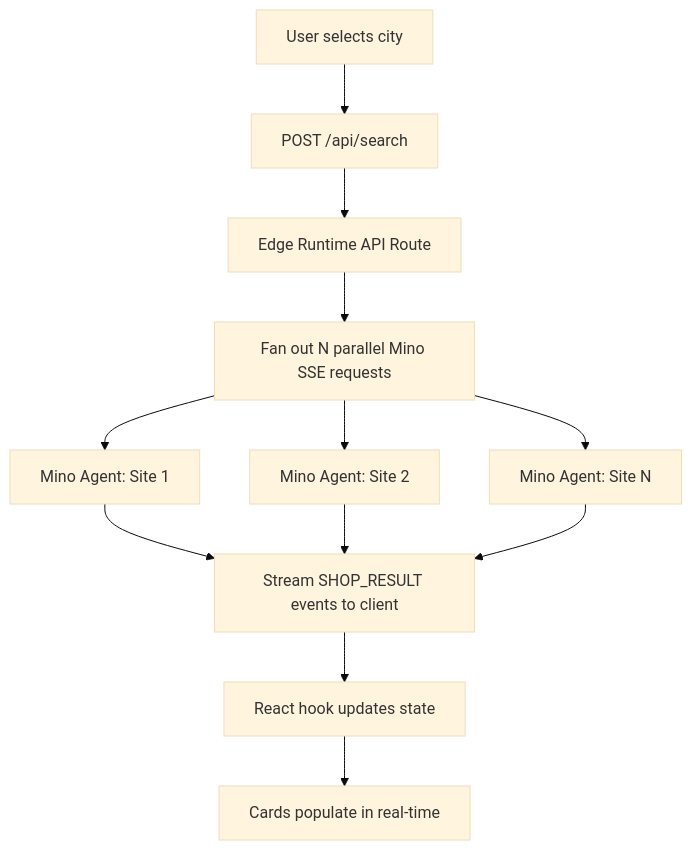
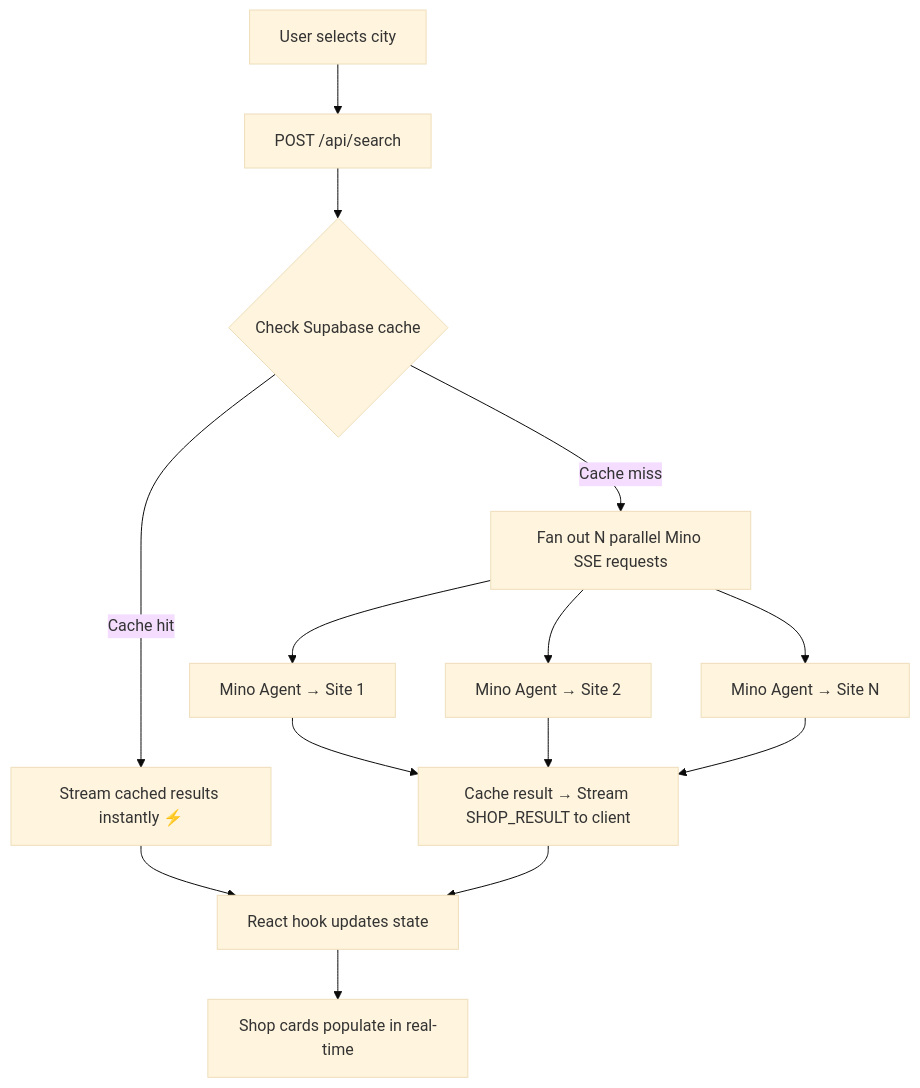
The diagram in vietnam-bike-price-scout/README.md (giaphutran12/project1-tinyfish), drawn with Mermaid (base theme) before and after one commit. The commit also changed other lines of this file and 9 other files, not shown here.

````diff
--- a/vietnam-bike-price-scout/README.md
+++ b/vietnam-bike-price-scout/README.md
@@ -93,14 +216,16 @@
 ```mermaid
 graph TD
     A[User selects city] --> B[POST /api/search]
-    B --> C[Edge Runtime API Route]
-    C --> D[Fan out N parallel Mino SSE requests]
-    D --> E1[Mino Agent: Site 1]
-    D --> E2[Mino Agent: Site 2]
-    D --> E3[Mino Agent: Site N]
-    E1 --> F[Stream SHOP_RESULT events to client]
-    E2 --> F
-    E3 --> F
-    F --> G[React hook updates state]
-    G --> H[Cards populate in real-time]
+    B --> C{Check Supabase cache}
+    C -->|Cache hit| D[Stream cached results instantly ⚡]
+    C -->|Cache miss| E[Fan out N parallel Mino SSE requests]
+    E --> F1[Mino Agent → Site 1]
+    E --> F2[Mino Agent → Site 2]
+    E --> F3[Mino Agent → Site N]
+    F1 --> G[Cache result → Stream SHOP_RESULT to client]
+    F2 --> G
+    F3 --> G
+    D --> H[React hook updates state]
+    G --> H
+    H --> I[Shop cards populate in real-time]
 ```
````
